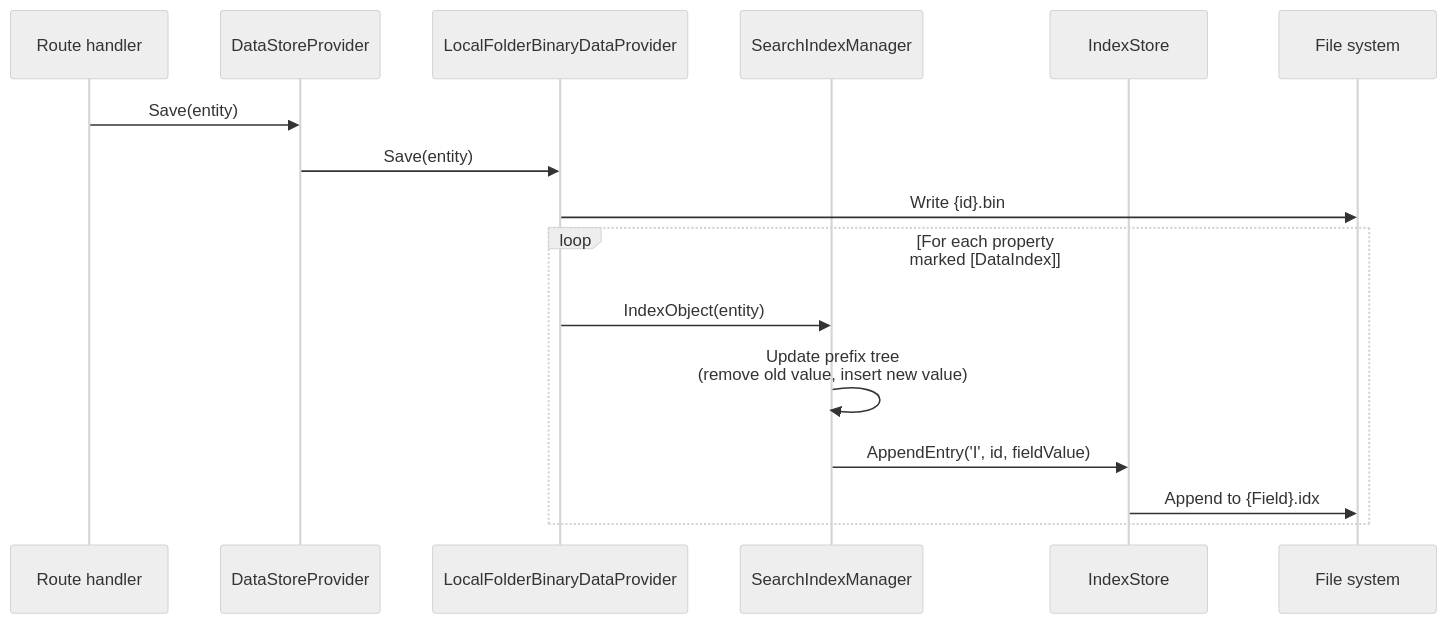
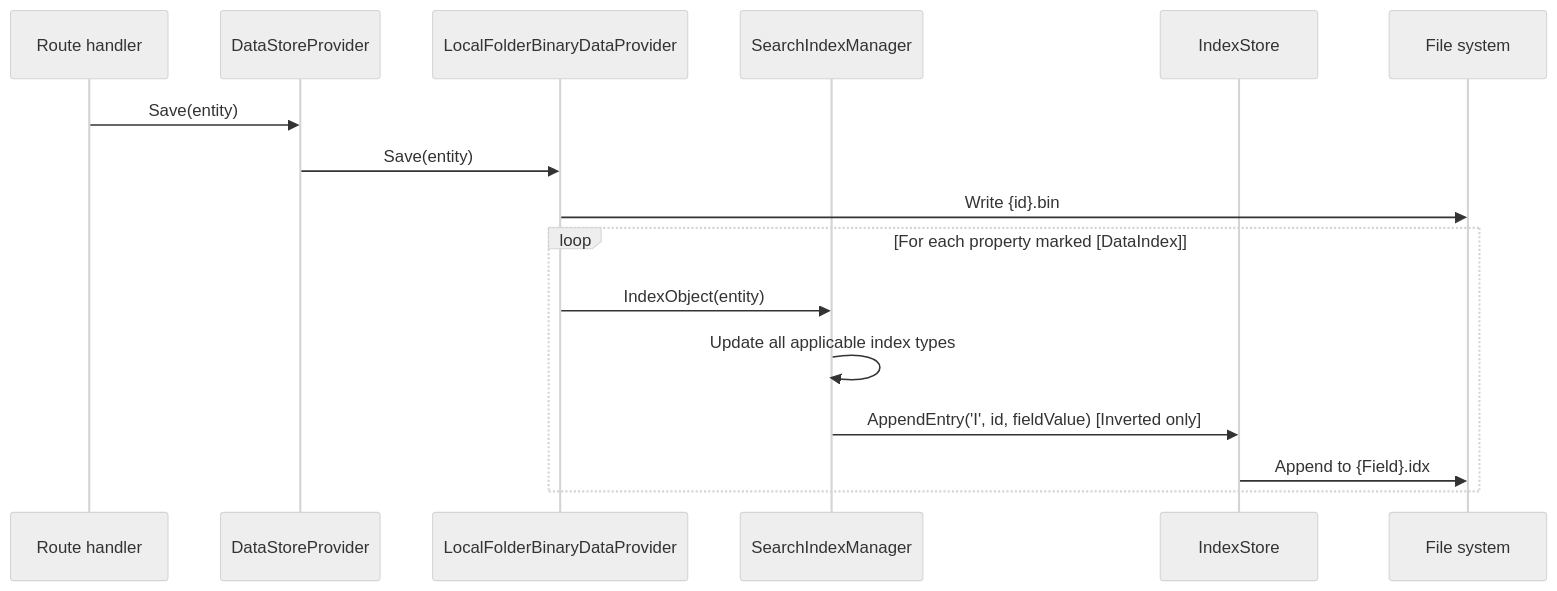
One commit to WillEastbury/BareMetalWeb changed the second of 5 diagrams in docs/architecture/indexing.md. Above: the diagram before and after it, drawn with Mermaid (neutral theme). The commit also changed other lines of this file and 6 other files, not shown here.

Commit message:
docs: comprehensive documentation run - handlers reference, vector index, graph/spatial indexes, architecture updates

````diff
--- a/docs/architecture/indexing.md
+++ b/docs/architecture/indexing.md
@@ -40,19 +63,19 @@
 ```mermaid
 sequenceDiagram
     participant RH as Route handler
     participant DS as DataStoreProvider
     participant LFB as LocalFolderBinaryDataProvider
     participant SIM as SearchIndexManager
     participant IS as IndexStore
     participant FS as File system
 
     RH->>DS: Save(entity)
     DS->>LFB: Save(entity)
     LFB->>FS: Write {id}.bin
     loop For each property marked [DataIndex]
         LFB->>SIM: IndexObject(entity)
-        SIM->>SIM: Update prefix tree<br/>(remove old value, insert new value)
-        SIM->>IS: AppendEntry('I', id, fieldValue)
+        SIM->>SIM: Update all applicable index types
+        SIM->>IS: AppendEntry('I', id, fieldValue)  [Inverted only]
         IS->>FS: Append to {Field}.idx
     end
 ```
````
